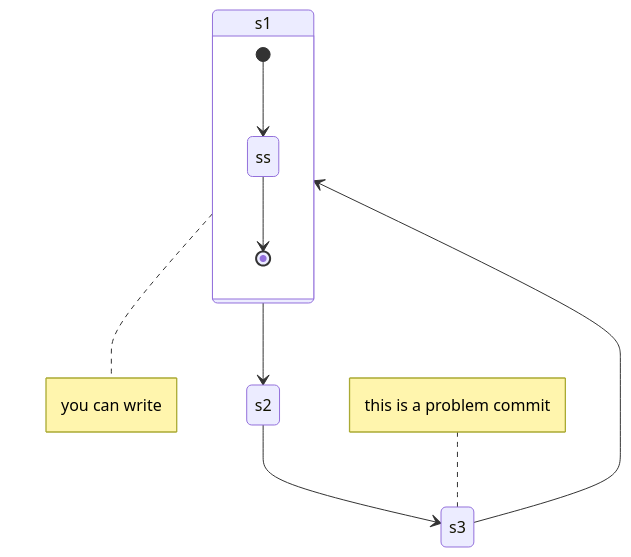
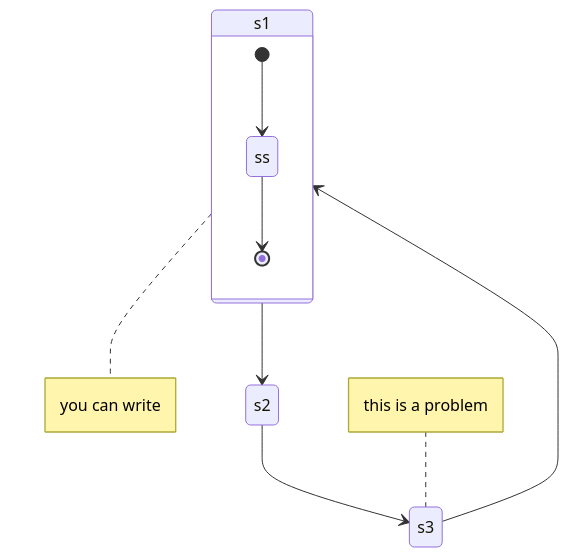
Before and after one commit to wulazhou/hello: the fourth of 5 diagrams in mygame/md/graph.md, drawn with Mermaid.

Commit message:
删掉commit

````diff
--- a/mygame/md/graph.md
+++ b/mygame/md/graph.md
@@ -57,16 +57,16 @@
 ```mermaid
     stateDiagram
     s1 --> s2
     s2 --> s3
     s3 --> s1
     note right of s1
         you can write
     end note
     state s1{
         [*] --> ss
         ss --> [*]
     }
-    note left of s3 : this is a problem commit
+    note left of s3 : this is a problem 
 
     
 ```
````
